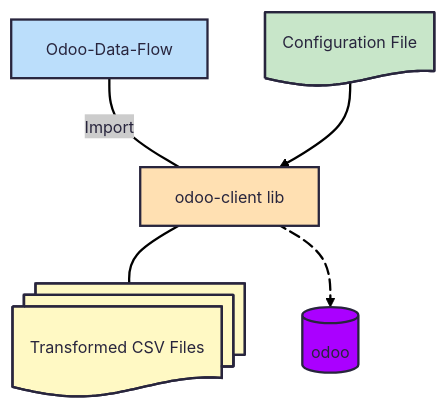
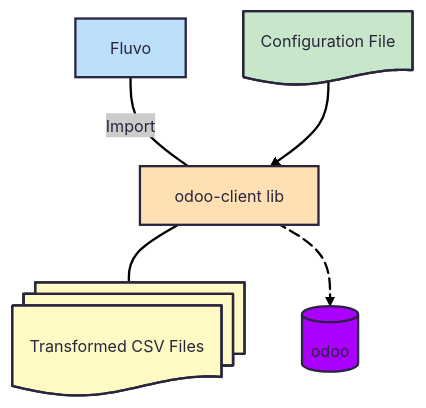
The second of 5 diagrams in docs/core_concepts.md (GetFluvo/fluvo), drawn with Mermaid before and after one commit. The commit also changed other lines of this file and 3 other files, not shown here.

````diff
--- a/docs/core_concepts.md
+++ b/docs/core_concepts.md
@@ -34,22 +34,22 @@
 ```{mermaid}
 ---
 config:
   theme: redux
 ---
 flowchart TD
-    A["Odoo-Data-Flow"] -- Import --- B["odoo-client lib"]
+    A["Fluvo"] -- Import --- B["odoo-client lib"]
     B --- C["Transformed CSV Files"]
     B L_B_D_0@--> D["odoo"]
     n1["Configuration File"] --> B
     A@{ shape: proc}
     B@{ shape: proc}
     C@{ shape: docs}
     D@{ shape: cyl}
     n1@{ shape: doc}
     style A fill:#BBDEFB
     style B fill:#FFE0B2
     style C fill:#FFF9C4
     style D fill:#AA00FF
     style n1 fill:#C8E6C9
     L_B_D_0@{ animation: slow }
 ```
````
